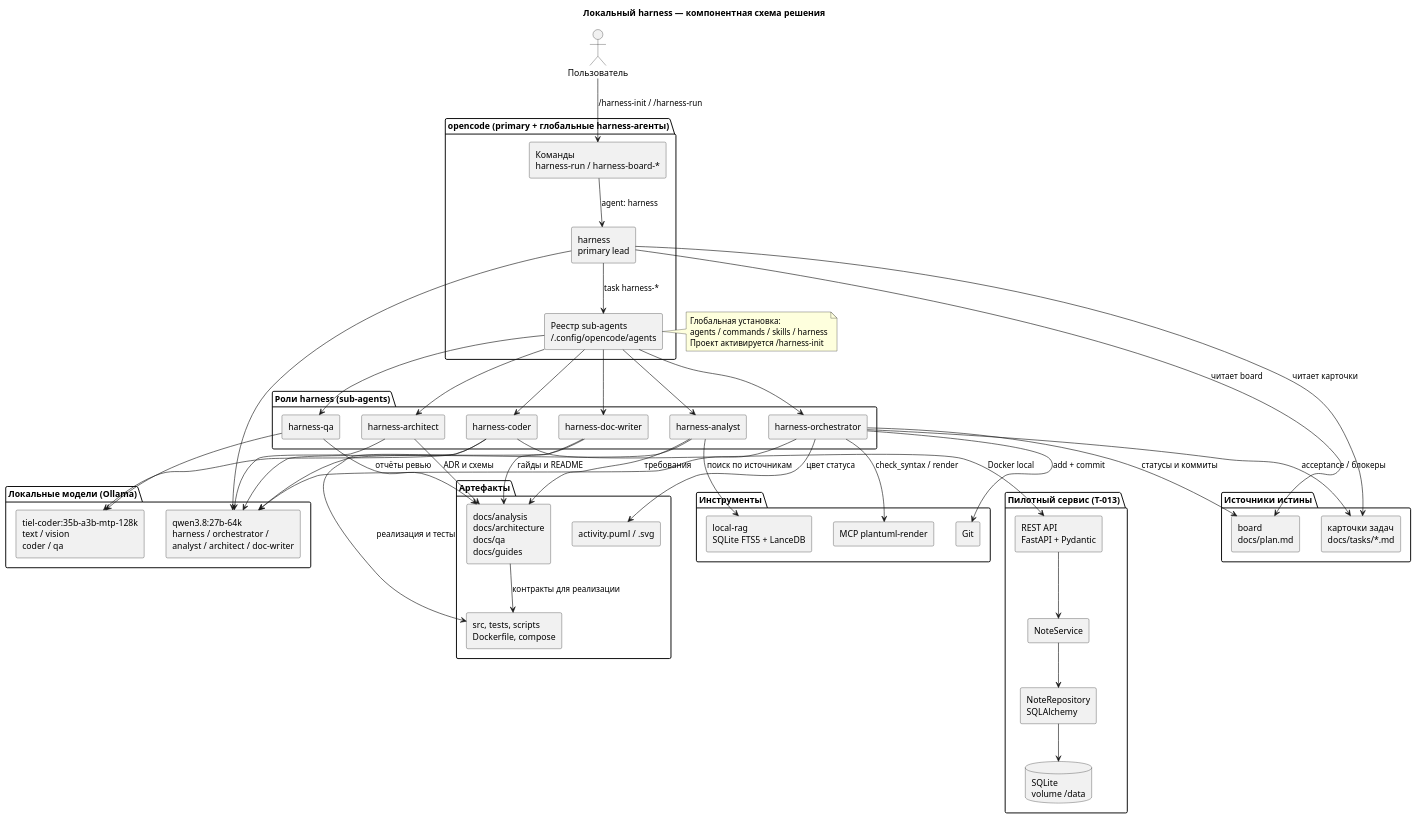
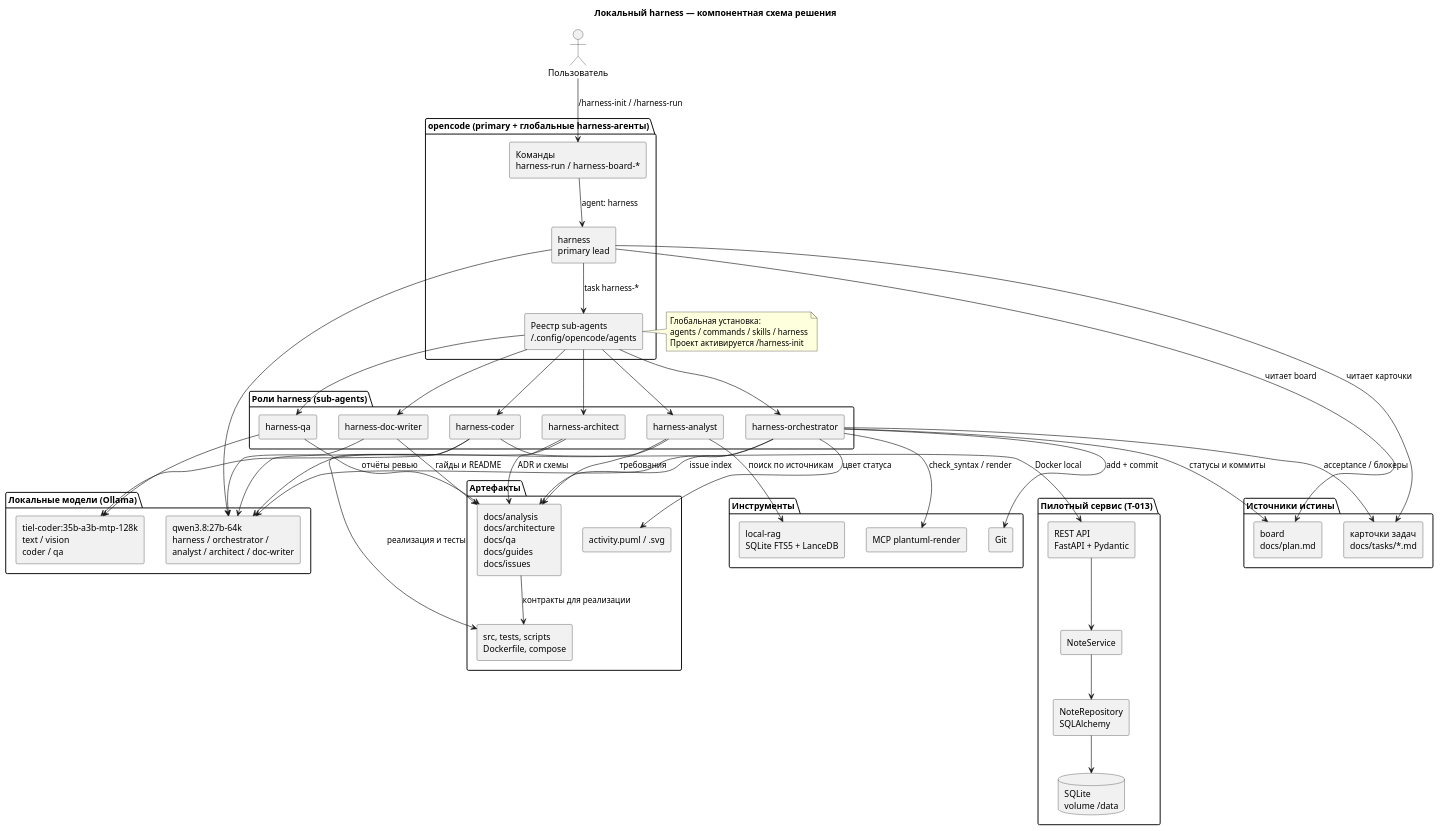
One commit to serge-sasov/harness changed the diagram in docs/description/diagrams/components-harness.puml. Above: the diagram before and after it, drawn with PlantUML. The commit also changed 26 other files, not shown here.

```diff
--- a/docs/description/diagrams/components-harness.puml
+++ b/docs/description/diagrams/components-harness.puml
@@ -1,97 +1,98 @@
 @startuml
 skinparam defaultFontName Segoe UI
 skinparam componentStyle rectangle
 title Локальный harness — компонентная схема решения
 
 actor "Пользователь" as user
 
 package "opencode (primary + глобальные harness-агенты)" {
   component "Команды\nharness-run / harness-board-*" as commands
   component "harness\nprimary lead" as lead
   component "Реестр sub-agents\n~/.config/opencode/agents" as registry
 }
 
 package "Роли harness (sub-agents)" {
   component "harness-orchestrator" as orch
   component "harness-analyst" as analyst
   component "harness-architect" as architect
   component "harness-coder" as coder
   component "harness-qa" as qa
   component "harness-doc-writer" as docwriter
 }
 
 package "Локальные модели (Ollama)" {
   component "qwen3.8:27b-64k\nharness / orchestrator /\nanalyst / architect / doc-writer" as qwen
   component "tiel-coder:35b-a3b-mtp-128k\ntext / vision\ncoder / qa" as tiel
 }
 
 package "Источники истины" {
   component "board\ndocs/plan.md" as board
   component "карточки задач\ndocs/tasks/*.md" as cards
 }
 
 package "Артефакты" {
-  component "docs/analysis\ndocs/architecture\ndocs/qa\ndocs/guides" as docs
+  component "docs/analysis\ndocs/architecture\ndocs/qa\ndocs/guides\ndocs/issues" as docs
   component "src, tests, scripts\nDockerfile, compose" as code
   component "activity.puml / .svg" as activity
 }
 
 package "Инструменты" {
   component "MCP plantuml-render" as puml
   component "local-rag\nSQLite FTS5 + LanceDB" as rag
   component "Git" as git
 }
 
 package "Пилотный сервис (T-013)" {
   component "REST API\nFastAPI + Pydantic" as api
   component "NoteService" as svc
   component "NoteRepository\nSQLAlchemy" as repo
   database "SQLite\nvolume /data" as db
 }
 
 user --> commands : /harness-init / /harness-run
 commands --> lead : agent: harness
 lead --> registry : task harness-*
 lead --> board : читает board
 lead --> cards : читает карточки
 lead --> qwen
 registry --> orch
 registry --> analyst
 registry --> architect
 registry --> coder
 registry --> qa
 registry --> docwriter
 
 orch --> qwen
 analyst --> qwen
 architect --> qwen
 docwriter --> qwen
 coder --> tiel
 qa --> tiel
 
 orch --> board : статусы и коммиты
 orch --> cards : acceptance / блокеры
 orch --> activity : цвет статуса
+orch --> docs : issue index
 orch --> puml : check_syntax / render
 orch --> git : add + commit
 
 analyst --> rag : поиск по источникам
 analyst --> docs : требования
 architect --> docs : ADR и схемы
 qa --> docs : отчёты ревью
 docwriter --> docs : гайды и README
 
 coder --> code : реализация и тесты
 coder --> api : Docker local
 api --> svc
 svc --> repo
 repo --> db
 
 docs --> code : контракты для реализации
 
 note right of registry
   Глобальная установка:
   agents / commands / skills / harness
   Проект активируется /harness-init
 end note
 @enduml
```
